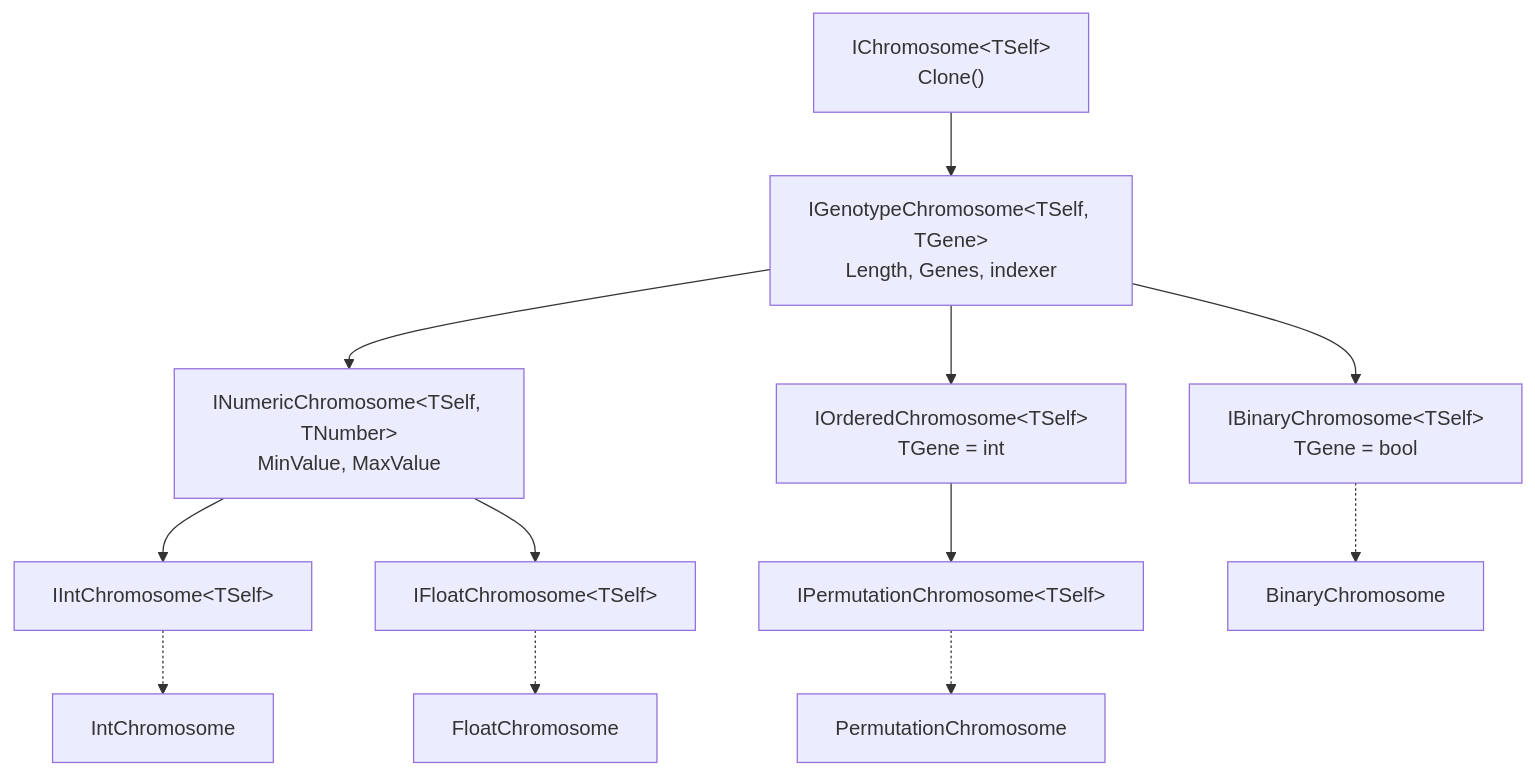
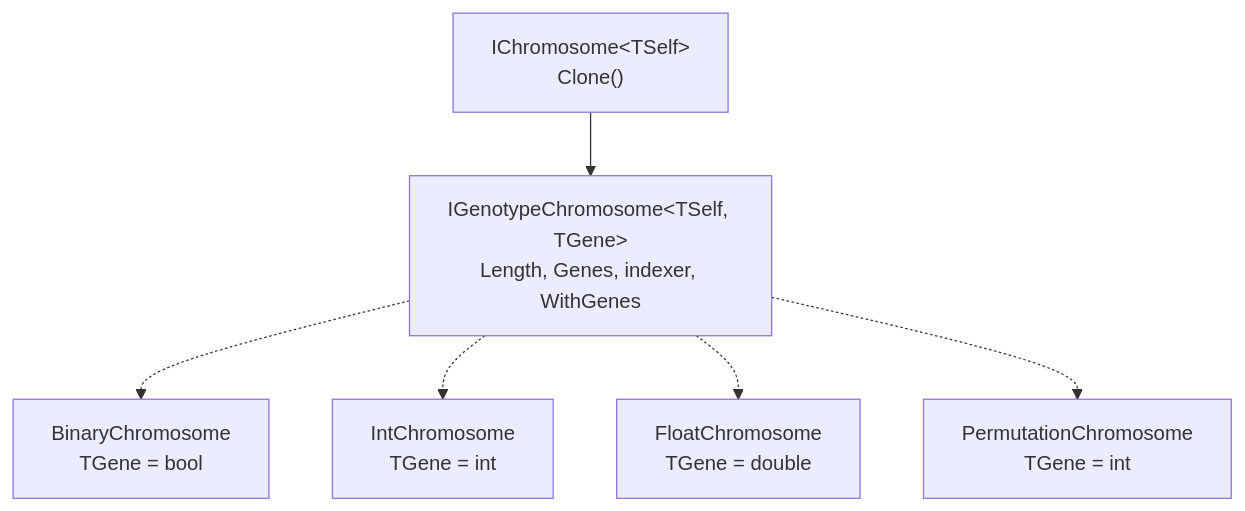
The third of 6 diagrams in docs/REPORT.md (pudjer/gen_alg_stand), drawn with Mermaid before and after one commit. The commit also changed other lines of this file and 48 other files, not shown here.

````diff
--- a/docs/REPORT.md
+++ b/docs/REPORT.md
@@ -153,17 +158,10 @@
 ```mermaid
 graph TD
     ICh["IChromosome&lt;TSelf&gt;<br/>Clone()"]
-    IGen["IGenotypeChromosome&lt;TSelf, TGene&gt;<br/>Length, Genes, indexer"]
+    IGen["IGenotypeChromosome&lt;TSelf, TGene&gt;<br/>Length, Genes, indexer, WithGenes"]
     ICh --> IGen
-    IGen --> IBin["IBinaryChromosome&lt;TSelf&gt;<br/>TGene = bool"]
-    IGen --> INum["INumericChromosome&lt;TSelf, TNumber&gt;<br/>MinValue, MaxValue"]
-    INum --> IInt["IIntChromosome&lt;TSelf&gt;"]
-    INum --> IFlt["IFloatChromosome&lt;TSelf&gt;"]
-    IGen --> IOrd["IOrderedChromosome&lt;TSelf&gt;<br/>TGene = int"]
-    IOrd --> IPerm["IPermutationChromosome&lt;TSelf&gt;"]
-
-    IBin -.-> BC["BinaryChromosome"]
-    IInt -.-> IC["IntChromosome"]
-    IFlt -.-> FC["FloatChromosome"]
-    IPerm -.-> PC["PermutationChromosome"]
+    IGen -.-> BC["BinaryChromosome<br/>TGene = bool"]
+    IGen -.-> IC["IntChromosome<br/>TGene = int"]
+    IGen -.-> FC["FloatChromosome<br/>TGene = double"]
+    IGen -.-> PC["PermutationChromosome<br/>TGene = int"]
 ```
````
